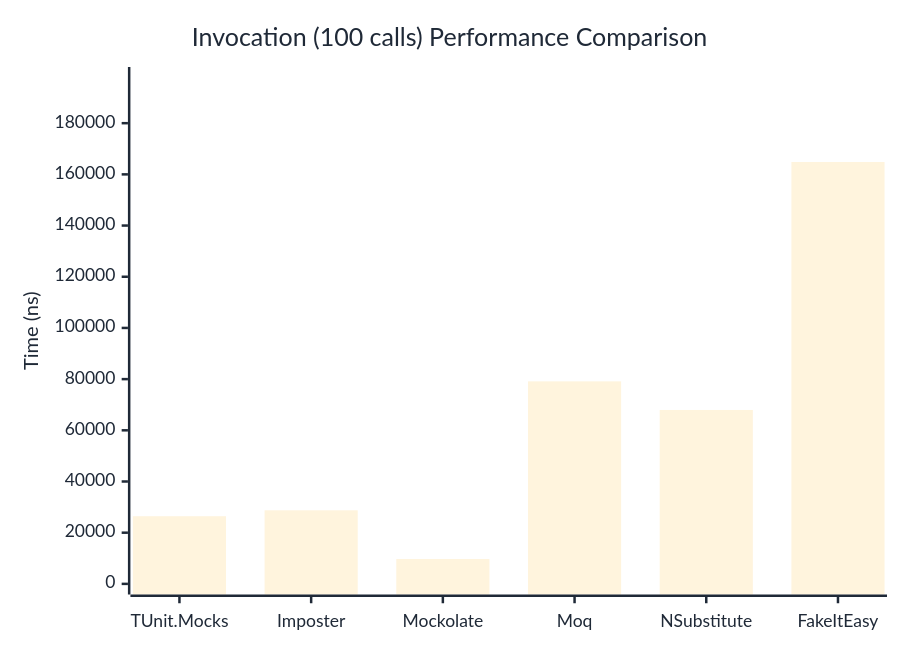
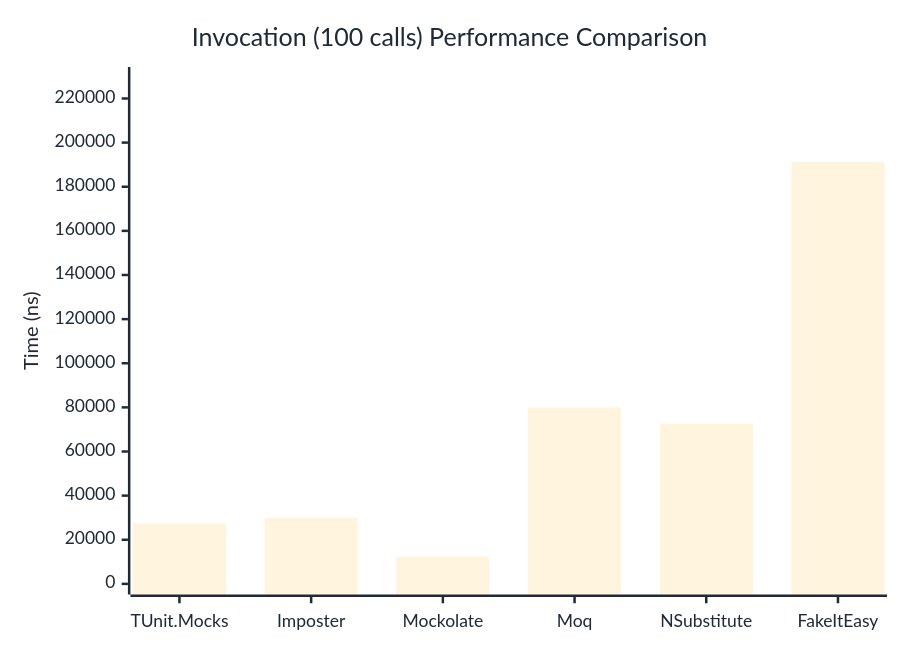
One commit to thomhurst/TUnit changed the third of 3 diagrams in docs/docs/benchmarks/mocks/Invocation.md. Above: the diagram before and after it, drawn with Mermaid. The commit also changed other lines of this file and 14 other files, not shown here.

````diff
--- a/docs/docs/benchmarks/mocks/Invocation.md
+++ b/docs/docs/benchmarks/mocks/Invocation.md
@@ -112,27 +112,27 @@
 ```mermaid
 %%{init: {
   'theme':'base',
   'themeVariables': {
     'primaryColor': '#2563eb',
     'primaryTextColor': '#1f2937',
     'primaryBorderColor': '#1e40af',
     'lineColor': '#6b7280',
     'secondaryColor': '#7c3aed',
     'tertiaryColor': '#dc2626',
     'background': '#ffffff',
     'pie1': '#2563eb',
     'pie2': '#7c3aed',
     'pie3': '#dc2626',
     'pie4': '#f59e0b',
     'pie5': '#10b981',
     'pie6': '#06b6d4',
     'pie7': '#ec4899',
     'pie8': '#6366f1'
   }
 }}%%
 xychart-beta
   title "Invocation (100 calls) Performance Comparison"
   x-axis ["TUnit.Mocks", "Imposter", "Mockolate", "Moq", "NSubstitute", "FakeItEasy"]
-  y-axis "Time (ns)" 0 --> 197800
-  bar [26433.56, 28740.27, 9707.59, 79127.19, 67952.24, 164832.53]
+  y-axis "Time (ns)" 0 --> 229457
+  bar [27436.8, 29919.3, 12357.5, 79939.7, 72628.9, 191214]
 ```
````
